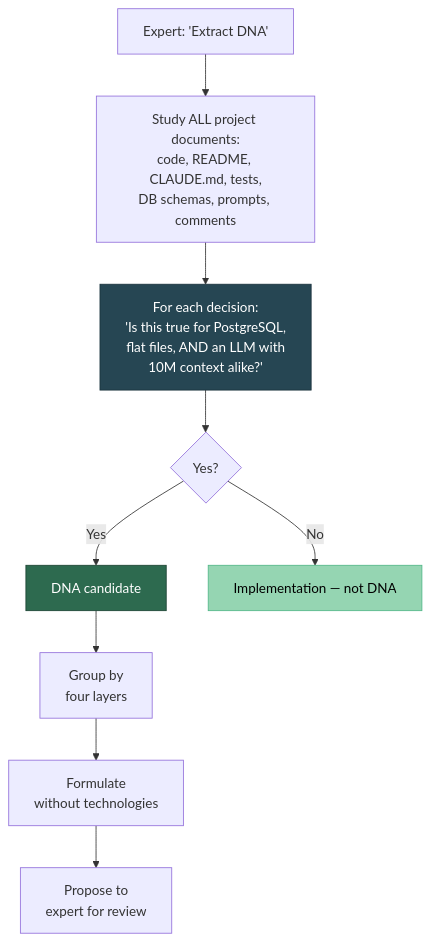
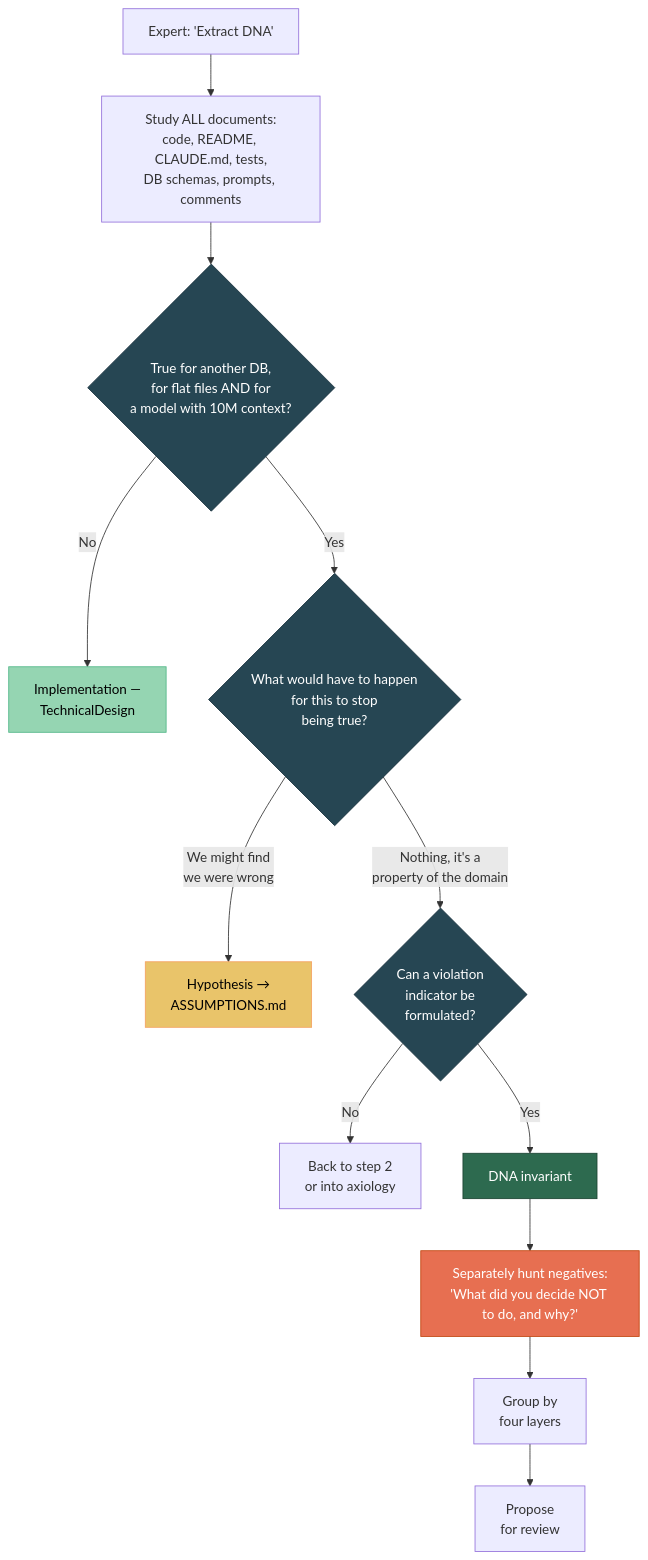
The fourth of 8 diagrams in docs/modes-en.md (SizovOleg/project-dna), drawn with Mermaid before and after one commit. The commit also changed other lines of this file and 9 other files, not shown here.

````diff
--- a/docs/modes-en.md
+++ b/docs/modes-en.md
@@ -156,22 +219,29 @@
 ```mermaid
 flowchart TD
     START["Expert: 'Extract DNA'"]
-    
-    START --> STUDY["Study ALL project documents:<br/>code, README, CLAUDE.md, tests,<br/>DB schemas, prompts, comments"]
-    
-    STUDY --> FILTER["For each decision:<br/>'Is this true for PostgreSQL,<br/>flat files, AND an LLM with<br/>10M context alike?'"]
-    
-    FILTER --> Q{"Yes?"}
-    Q -->|Yes| DNA_CANDIDATE["DNA candidate"]
-    Q -->|No| IMPL["Implementation — not DNA"]
-    
-    DNA_CANDIDATE --> GROUP["Group by<br/>four layers"]
-    
-    GROUP --> FORMULATE["Formulate<br/>without technologies"]
-    
-    FORMULATE --> REVIEW["Propose to<br/>expert for review"]
 
-    style FILTER fill:#264653,stroke:#1a323d,color:#fff
-    style DNA_CANDIDATE fill:#2d6a4f,stroke:#1b4332,color:#fff
+    START --> STUDY["Study ALL documents:<br/>code, README, CLAUDE.md, tests,<br/>DB schemas, prompts, comments"]
+
+    STUDY --> F1{"True for another DB,<br/>for flat files AND for<br/>a model with 10M context?"}
+    F1 -->|"No"| IMPL["Implementation —<br/>TechnicalDesign"]
+    F1 -->|"Yes"| F2{"What would have to happen<br/>for this to stop<br/>being true?"}
+
+    F2 -->|"We might find<br/>we were wrong"| HYP["Hypothesis →<br/>ASSUMPTIONS.md"]
+    F2 -->|"Nothing, it's a<br/>property of the domain"| F3{"Can a violation<br/>indicator be<br/>formulated?"}
+
+    F3 -->|"No"| BACK["Back to step 2<br/>or into axiology"]
+    F3 -->|"Yes"| DNA_C["DNA invariant"]
+
+    DNA_C --> NEG["Separately hunt negatives:<br/>'What did you decide NOT to do, and why?'"]
+
+    NEG --> GROUP["Group by<br/>four layers"]
+    GROUP --> REVIEW["Propose<br/>for review"]
+
+    style F1 fill:#264653,stroke:#1a323d,color:#fff
+    style F2 fill:#264653,stroke:#1a323d,color:#fff
+    style F3 fill:#264653,stroke:#1a323d,color:#fff
+    style DNA_C fill:#2d6a4f,stroke:#1b4332,color:#fff
+    style HYP fill:#e9c46a,stroke:#f4a261,color:#000
+    style NEG fill:#e76f51,stroke:#c1440e,color:#fff
     style IMPL fill:#95d5b2,stroke:#52b788,color:#000
 ```
````
